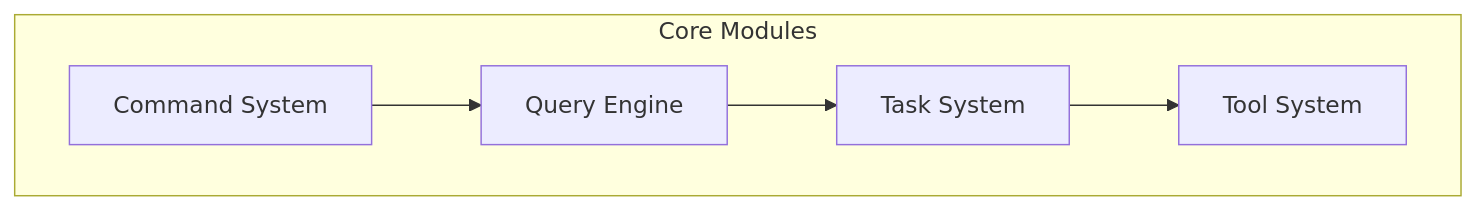
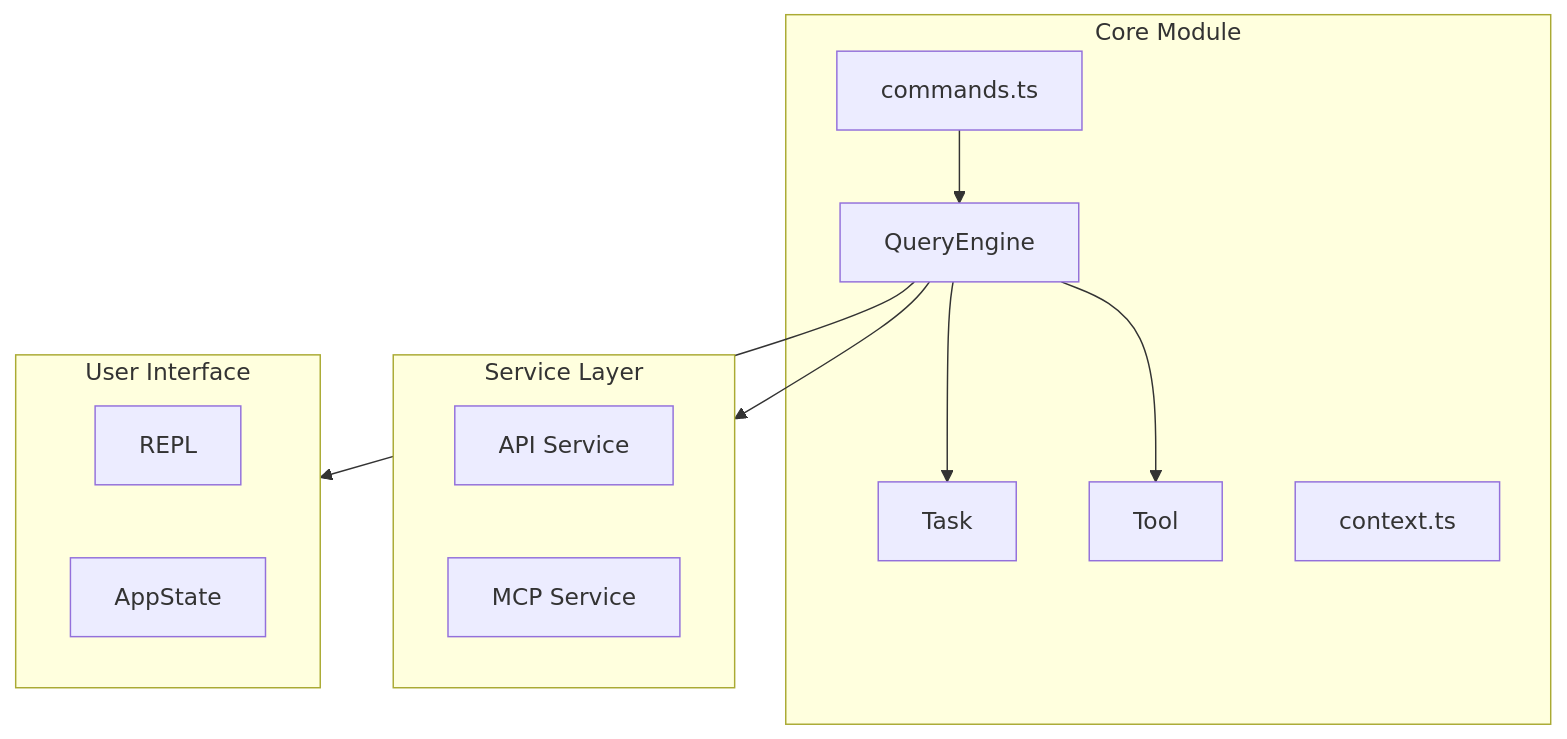
Before and after one commit to niuma996/claude-code-sourcemap-wiki: the diagram in .nium-wiki/wiki_en/core/_index.md, drawn with Mermaid. The commit also changed other lines of this file and 1976 other files, not shown here.

````diff
--- a/.nium-wiki/wiki_en/core/_index.md
+++ b/.nium-wiki/wiki_en/core/_index.md
@@ -17,12 +9,23 @@
 ```mermaid
 flowchart TB
-    subgraph Core ["Core Modules"]
-        Commands[Command System]
-        Query[Query Engine]
-        Tools[Tool System]
-        Task[Task System]
+    subgraph Core["Core Module"]
+        QE[QueryEngine]
+        Task[Task]
+        Tool[Tool]
+        Commands[commands.ts]
+        Context[context.ts]
     end
-    Commands --> Query
-    Query --> Task
-    Task --> Tools
+    subgraph Services["Service Layer"]
+        API[API Service]
+        MCP[MCP Service]
+    end
+    subgraph UI["User Interface"]
+        REPL[REPL]
+        State[AppState]
+    end
+    Commands --> QE
+    QE --> Task
+    QE --> Tool
+    QE --> Services
+    QE --> UI
 ```
````
